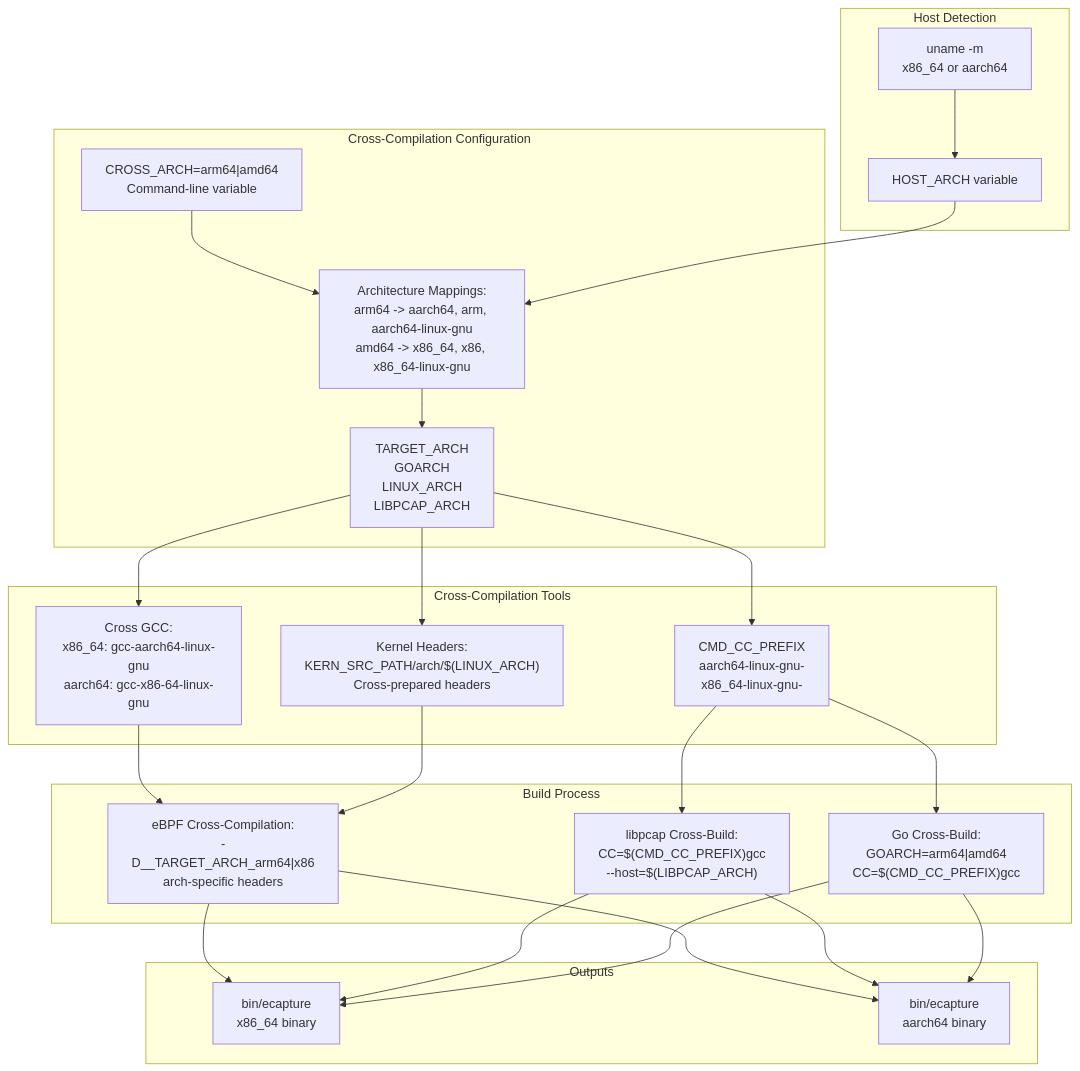
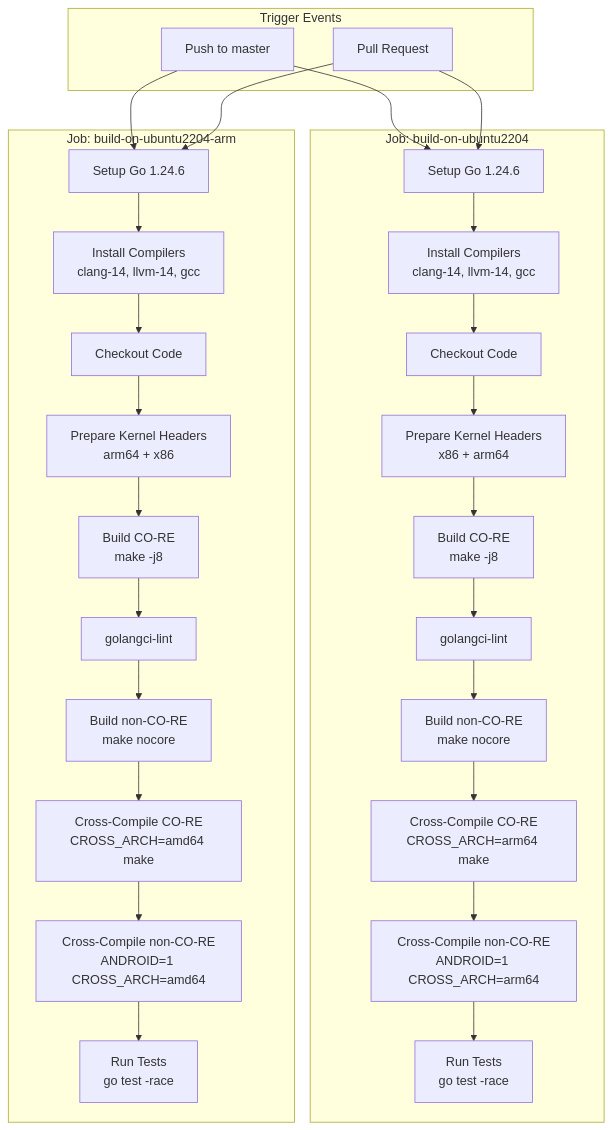
The fifth of 6 diagrams in src/en/5-development-guide/5.1-build-system.md (gojue/ecapture.cc), drawn with Mermaid before and after one commit. The commit also changed other lines of this file and 115 other files, not shown here.

````diff
--- a/src/en/5-development-guide/5.1-build-system.md
+++ b/src/en/5-development-guide/5.1-build-system.md
@@ -526,57 +614,58 @@
 ```mermaid
 graph TB
-    subgraph "Host Detection"
-        UNAME["uname -m<br/>x86_64 or aarch64"]
-        HOST_ARCH["HOST_ARCH variable"]
+    subgraph "Trigger Events"
+        PUSH["Push to master"]
+        PR["Pull Request"]
     end
     
-    subgraph "Cross-Compilation Configuration"
-        CROSS_VAR["CROSS_ARCH=arm64|amd64<br/>Command-line variable"]
-        
-        MAPPINGS["Architecture Mappings:<br/>arm64 -> aarch64, arm, aarch64-linux-gnu<br/>amd64 -> x86_64, x86, x86_64-linux-gnu"]
-        
-        TARGET_ARCH["TARGET_ARCH<br/>GOARCH<br/>LINUX_ARCH<br/>LIBPCAP_ARCH"]
+    subgraph "Job: build-on-ubuntu2204"
+        SETUP_GO_X86["Setup Go 1.24.6"]
+        INSTALL_X86["Install Compilers<br/>clang-14, llvm-14, gcc"]
+        CHECKOUT_X86["Checkout Code"]
+        KERNEL_X86["Prepare Kernel Headers<br/>x86 + arm64"]
+        BUILD_CORE_X86["Build CO-RE<br/>make -j8"]
+        LINT_X86["golangci-lint"]
+        BUILD_NOCORE_X86["Build non-CO-RE<br/>make nocore"]
+        CROSS_CORE_X86["Cross-Compile CO-RE<br/>CROSS_ARCH=arm64 make"]
+        CROSS_NOCORE_X86["Cross-Compile non-CO-RE<br/>ANDROID=1 CROSS_ARCH=arm64"]
+        TEST_X86["Run Tests<br/>go test -race"]
     end
     
-    subgraph "Cross-Compilation Tools"
-        GCC_CROSS["Cross GCC:<br/>x86_64: gcc-aarch64-linux-gnu<br/>aarch64: gcc-x86-64-linux-gnu"]
-        
-        KERN_HEADERS["Kernel Headers:<br/>KERN_SRC_PATH/arch/$(LINUX_ARCH)<br/>Cross-prepared headers"]
-        
-        CC_PREFIX["CMD_CC_PREFIX<br/>aarch64-linux-gnu-<br/>x86_64-linux-gnu-"]
+    subgraph "Job: build-on-ubuntu2204-arm"
+        SETUP_GO_ARM["Setup Go 1.24.6"]
+        INSTALL_ARM["Install Compilers<br/>clang-14, llvm-14, gcc"]
+        CHECKOUT_ARM["Checkout Code"]
+        KERNEL_ARM["Prepare Kernel Headers<br/>arm64 + x86"]
+        BUILD_CORE_ARM["Build CO-RE<br/>make -j8"]
+        LINT_ARM["golangci-lint"]
+        BUILD_NOCORE_ARM["Build non-CO-RE<br/>make nocore"]
+        CROSS_CORE_ARM["Cross-Compile CO-RE<br/>CROSS_ARCH=amd64 make"]
+        CROSS_NOCORE_ARM["Cross-Compile non-CO-RE<br/>ANDROID=1 CROSS_ARCH=amd64"]
+        TEST_ARM["Run Tests<br/>go test -race"]
     end
     
-    subgraph "Build Process"
-        EBPF_CROSS["eBPF Cross-Compilation:<br/>-D__TARGET_ARCH_arm64|x86<br/>arch-specific headers"]
-        
-        LIBPCAP_CROSS["libpcap Cross-Build:<br/>CC=$(CMD_CC_PREFIX)gcc<br/>--host=$(LIBPCAP_ARCH)"]
-        
-        GO_CROSS["Go Cross-Build:<br/>GOARCH=arm64|amd64<br/>CC=$(CMD_CC_PREFIX)gcc"]
-    end
+    PUSH --> SETUP_GO_X86
+    PR --> SETUP_GO_X86
+    PUSH --> SETUP_GO_ARM
+    PR --> SETUP_GO_ARM
     
-    subgraph "Outputs"
-        X86_BIN["bin/ecapture<br/>x86_64 binary"]
-        ARM_BIN["bin/ecapture<br/>aarch64 binary"]
-    end
+    SETUP_GO_X86 --> INSTALL_X86
+    INSTALL_X86 --> CHECKOUT_X86
+    CHECKOUT_X86 --> KERNEL_X86
+    KERNEL_X86 --> BUILD_CORE_X86
+    BUILD_CORE_X86 --> LINT_X86
+    LINT_X86 --> BUILD_NOCORE_X86
+    BUILD_NOCORE_X86 --> CROSS_CORE_X86
+    CROSS_CORE_X86 --> CROSS_NOCORE_X86
+    CROSS_NOCORE_X86 --> TEST_X86
     
-    UNAME --> HOST_ARCH
-    CROSS_VAR --> MAPPINGS
-    HOST_ARCH --> MAPPINGS
-    MAPPINGS --> TARGET_ARCH
-    
-    TARGET_ARCH --> GCC_CROSS
-    TARGET_ARCH --> KERN_HEADERS
-    TARGET_ARCH --> CC_PREFIX
-    
-    GCC_CROSS --> EBPF_CROSS
-    KERN_HEADERS --> EBPF_CROSS
-    CC_PREFIX --> LIBPCAP_CROSS
-    CC_PREFIX --> GO_CROSS
-    
-    EBPF_CROSS --> X86_BIN
-    EBPF_CROSS --> ARM_BIN
-    LIBPCAP_CROSS --> X86_BIN
-    LIBPCAP_CROSS --> ARM_BIN
-    GO_CROSS --> X86_BIN
-    GO_CROSS --> ARM_BIN
+    SETUP_GO_ARM --> INSTALL_ARM
+    INSTALL_ARM --> CHECKOUT_ARM
+    CHECKOUT_ARM --> KERNEL_ARM
+    KERNEL_ARM --> BUILD_CORE_ARM
+    BUILD_CORE_ARM --> LINT_ARM
+    LINT_ARM --> BUILD_NOCORE_ARM
+    BUILD_NOCORE_ARM --> CROSS_CORE_ARM
+    CROSS_CORE_ARM --> CROSS_NOCORE_ARM
+    CROSS_NOCORE_ARM --> TEST_ARM
 ```
````
